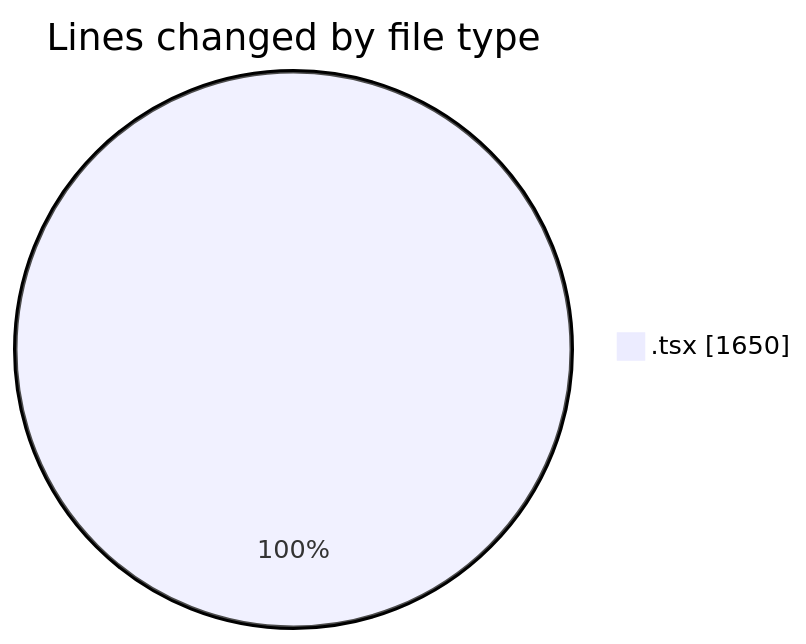
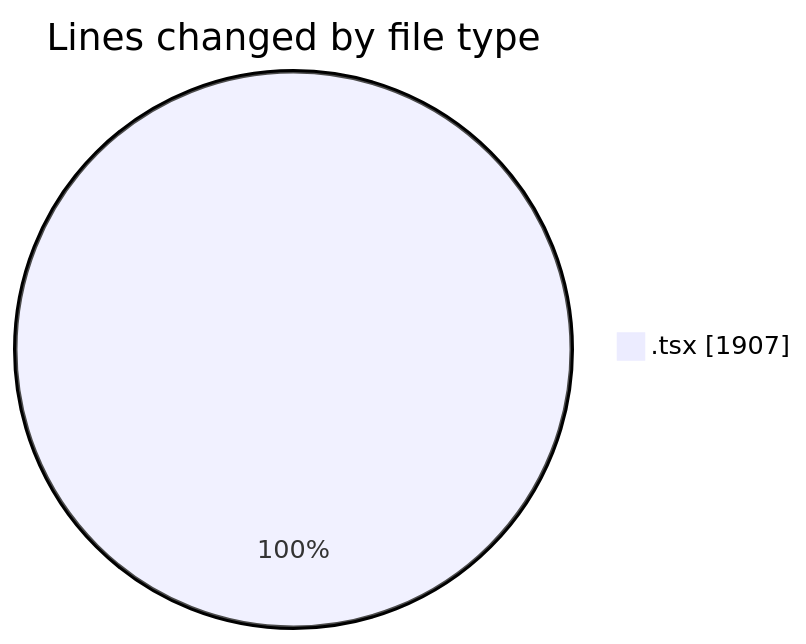
Before and after one commit to nxtqubesakshisongat/code-tracking: the first of 2 diagrams in 2026-06-17/nxtqube_webapp/README.md, drawn with Mermaid. The commit also changed other lines of this file and 1 other file, not shown here.

````diff
--- a/2026-06-17/nxtqube_webapp/README.md
+++ b/2026-06-17/nxtqube_webapp/README.md
@@ -24,5 +25,5 @@
 ```mermaid
 pie showData
 title Lines changed by file type
-".tsx" : 1650
+".tsx" : 1907
 ```
````
